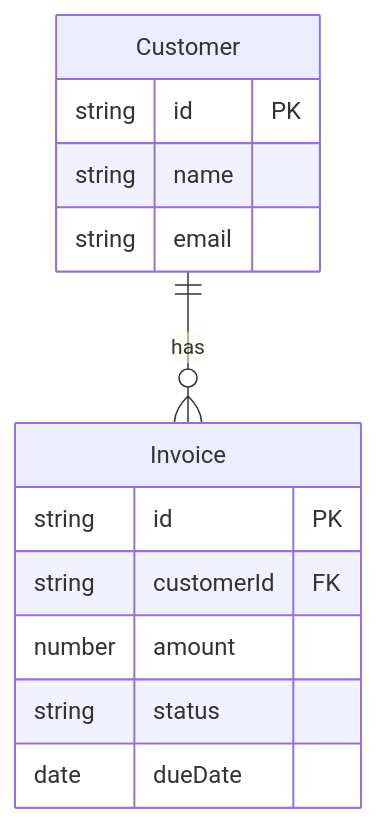
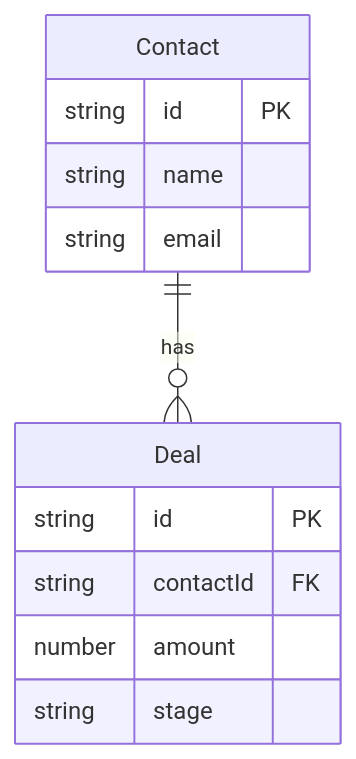
One commit to Docyrus/agent-skills changed the second of 2 diagrams in skills/docyrus-project-planning/SKILL.md. Above: the diagram before and after it, drawn with Mermaid. The commit also changed other lines of this file and 13 other files, not shown here.

````diff
--- a/skills/docyrus-project-planning/SKILL.md
+++ b/skills/docyrus-project-planning/SKILL.md
@@ -283,17 +67,16 @@
 ```mermaid
+%% title: Data Source ER
 erDiagram
-    %% Data sources for this project
-    Invoice {
-        string id PK
-        string customerId FK
-        number amount
-        string status
-        date dueDate
-    }
-    Customer {
+    Contact {
         string id PK
         string name
         string email
     }
-    Customer ||--o{ Invoice : "has"
+    Deal {
+        string id PK
+        string contactId FK
+        number amount
+        string stage
+    }
+    Contact ||--o{ Deal : "has"
 ```
````
